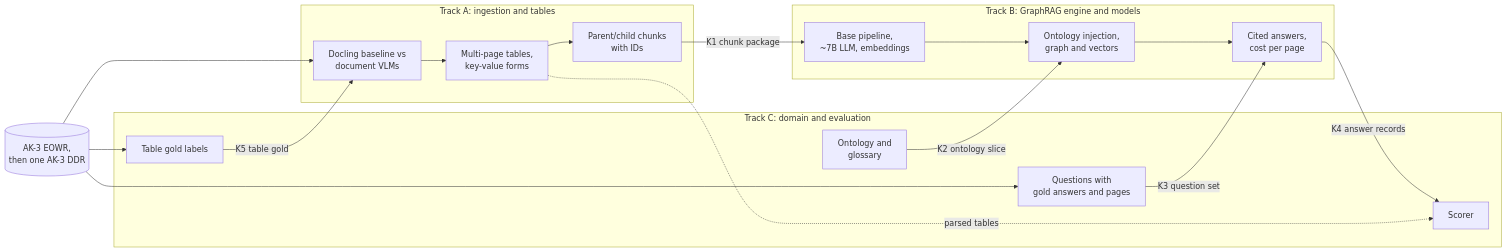
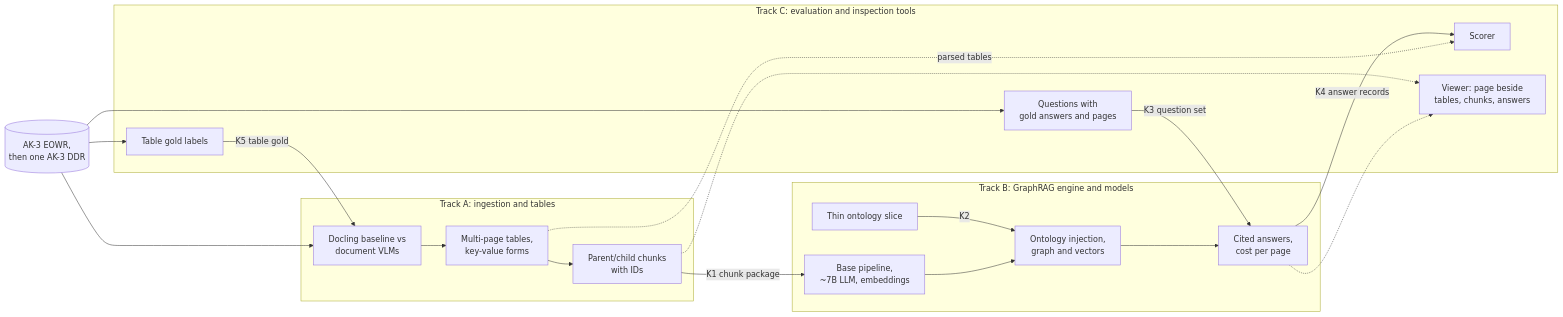
The fourth of 7 diagrams in docs/PROJECT_DESIGN.md (thaitri2005/Secure-O-G-LLM-and-Knowledge-Graph), drawn with Mermaid before and after one commit. The commit also changed other lines of this file and 3 other files, not shown here.

First line of the commit message:
Make track C evaluation tooling and keep domain depth thin

````diff
--- a/docs/PROJECT_DESIGN.md
+++ b/docs/PROJECT_DESIGN.md
@@ -441,24 +441,25 @@
 ```mermaid
 flowchart LR
     PDF[("AK-3 EOWR,<br/>then one AK-3 DDR")]
     subgraph TA["Track A: ingestion and tables"]
         A1["Docling baseline vs<br/>document VLMs"] --> A2["Multi-page tables,<br/>key-value forms"] --> A3["Parent/child chunks<br/>with IDs"]
     end
     subgraph TB["Track B: GraphRAG engine and models"]
+        B0["Thin ontology slice"] -- "K2" --> B2
         B1["Base pipeline,<br/>~7B LLM, embeddings"] --> B2["Ontology injection,<br/>graph and vectors"] --> B3["Cited answers,<br/>cost per page"]
     end
-    subgraph TC["Track C: domain and evaluation"]
-        C1["Ontology and<br/>glossary"]
+    subgraph TC["Track C: evaluation and inspection tools"]
         C2["Questions with<br/>gold answers and pages"]
         C3["Table gold labels"]
         C4["Scorer"]
+        C5["Viewer: page beside<br/>tables, chunks, answers"]
     end
     PDF --> A1
     PDF --> C2 & C3
     A3 -- "K1 chunk package" --> B1
-    C1 -- "K2 ontology slice" --> B2
     C2 -- "K3 question set" --> B3
     B3 -- "K4 answer records" --> C4
     C3 -- "K5 table gold" --> A1
     A2 -. "parsed tables" .-> C4
+    A3 & B3 -.-> C5
 ```
````
